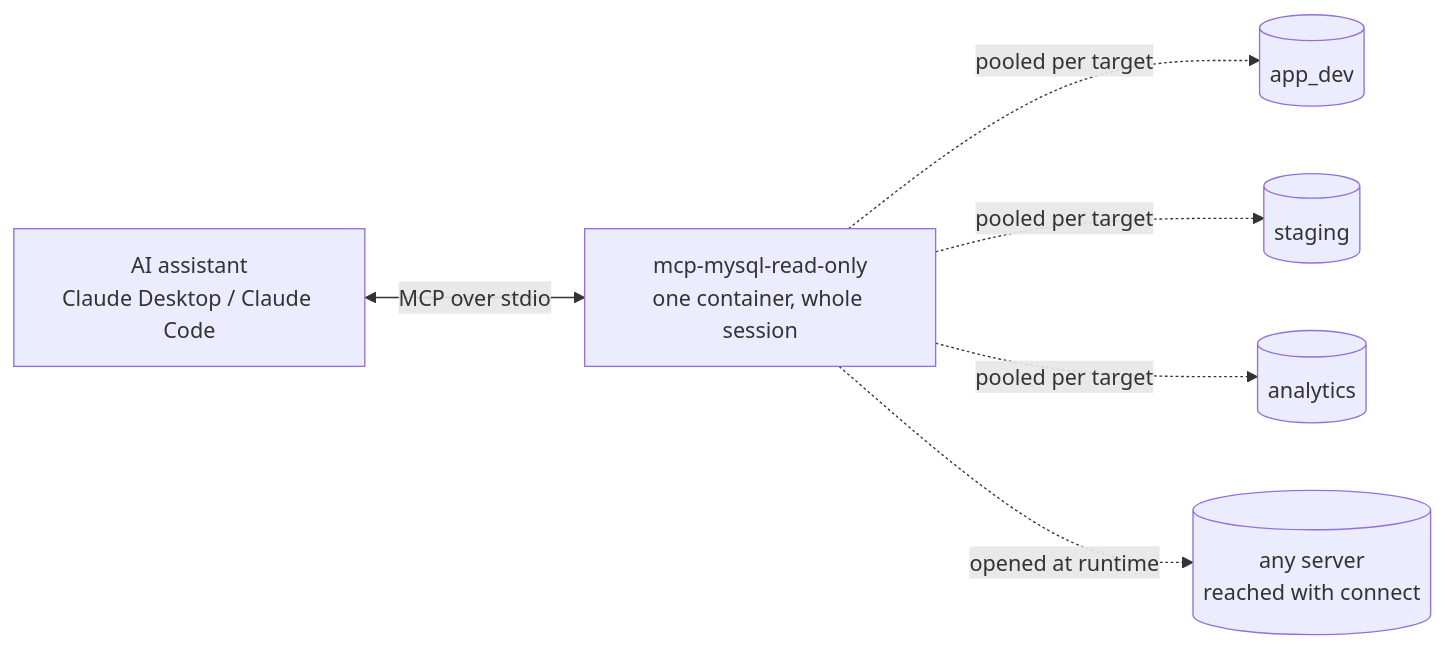
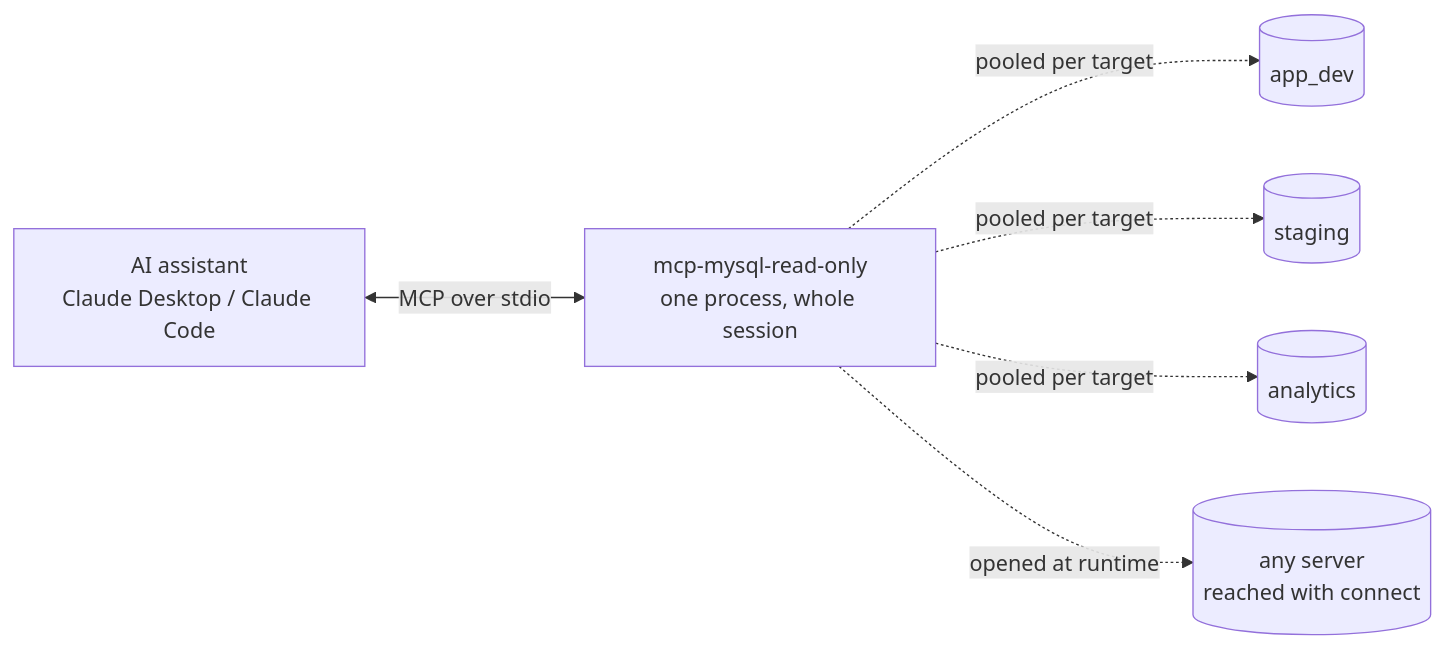
Before and after one commit to shibbirweb/mcp-mysql-read-only: the first of 4 diagrams in README.md, drawn with Mermaid. The commit also changed other lines of this file and 4 other files, not shown here.

````diff
--- a/README.md
+++ b/README.md
@@ -18,15 +18,15 @@
 ```mermaid
 flowchart LR
     A["AI assistant<br/>Claude Desktop / Claude Code"]
-    B["mcp-mysql-read-only<br/>one container, whole session"]
+    B["mcp-mysql-read-only<br/>one process, whole session"]
     C[("app_dev")]
     D[("staging")]
     E[("analytics")]
     F[("any server<br/>reached with connect")]
 
     A <-->|"MCP over stdio"| B
     B -.->|"pooled per target"| C
     B -.->|"pooled per target"| D
     B -.->|"pooled per target"| E
     B -.->|"opened at runtime"| F
 ```
````
